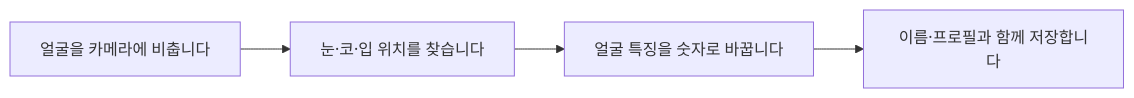
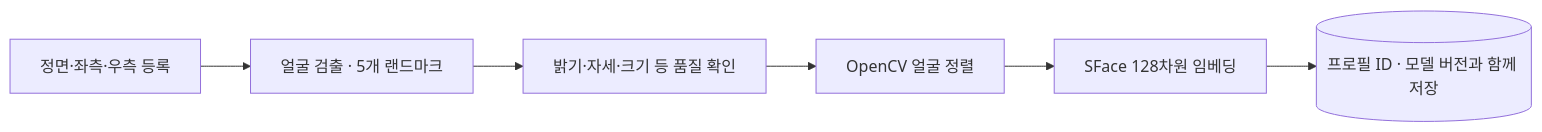
Before and after one commit to SkyBluekor/APPPOFO-PUBLIC: the second of 3 diagrams in Docs/ARCHITECTURE.md, drawn with Mermaid. The commit also changed other lines of this file and 5 other files, not shown here.

````diff
--- a/Docs/ARCHITECTURE.md
+++ b/Docs/ARCHITECTURE.md
@@ -11,6 +38,8 @@
 ```mermaid
 flowchart LR
- A["얼굴을 카메라에 비춥니다"] --> B["눈·코·입 위치를 찾습니다"]
- B --> C["얼굴 특징을 숫자로 바꿉니다"]
- C --> D["이름·프로필과 함께 저장합니다"]
+ A["정면·좌측·우측 등록"] --> B["얼굴 검출 · 5개 랜드마크"]
+ B --> C["밝기·자세·크기 등 품질 확인"]
+ C --> D["OpenCV 얼굴 정렬"]
+ D --> E["SFace 128차원 임베딩"]
+ E --> F[("프로필 ID · 모델 버전과 함께 저장")]
 ```
````
